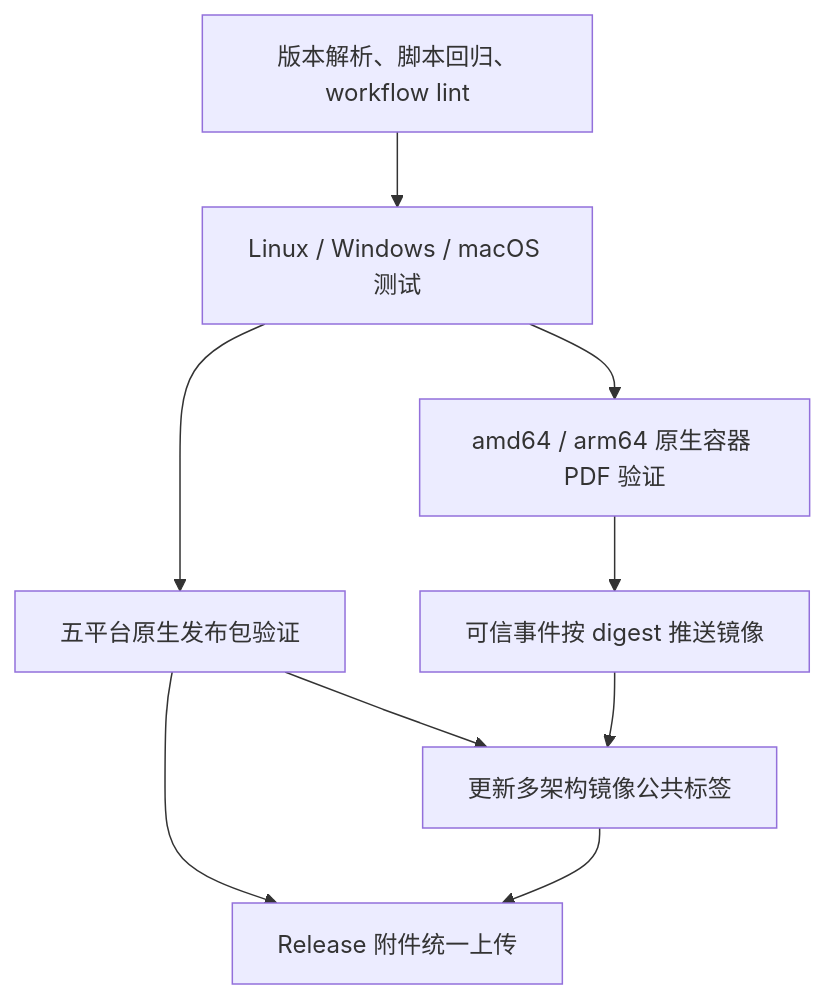
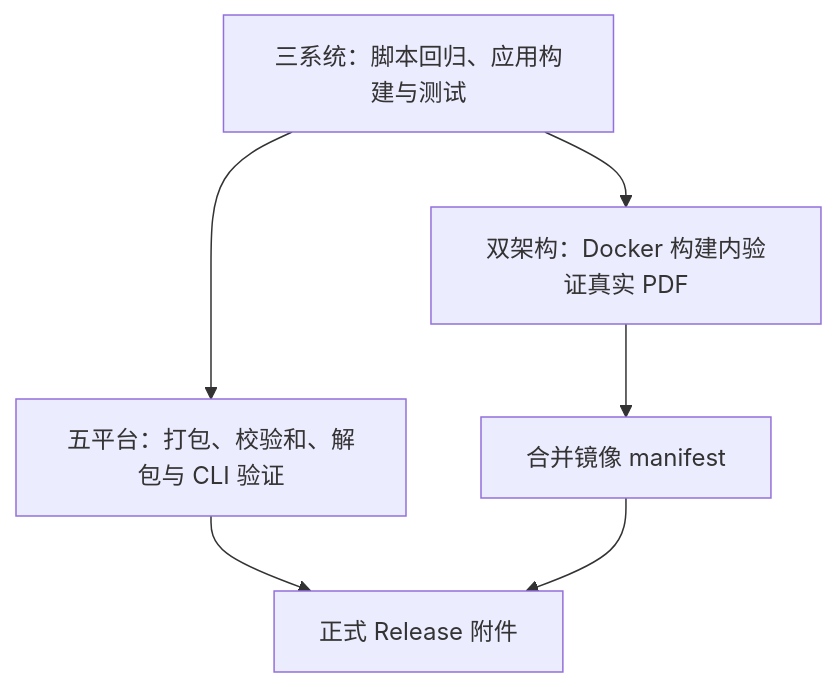
The diagram in docs/ci.md (Aiza-Lee/template_builder), drawn with Mermaid before and after one commit. The commit also changed other lines of this file and 6 other files, not shown here.

````diff
--- a/docs/ci.md
+++ b/docs/ci.md
@@ -22,11 +7,8 @@
 ```mermaid
 flowchart TD
-    A[版本解析、脚本回归、workflow lint] --> B[Linux / Windows / macOS 测试]
-    B --> C[五平台原生发布包验证]
-    B --> D[amd64 / arm64 原生容器 PDF 验证]
-    D --> E[可信事件按 digest 推送镜像]
-    C --> F[更新多架构镜像公共标签]
-    E --> F
-    C --> G[Release 附件统一上传]
-    F --> G
+    T[三系统：脚本回归、应用构建与测试] --> P[五平台：打包、校验和、解包与 CLI 验证]
+    T --> D[双架构：Docker 构建内验证真实 PDF]
+    D --> M[合并镜像 manifest]
+    P --> R[正式 Release 附件]
+    M --> R
 ```
````
